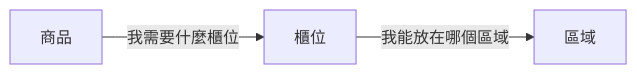
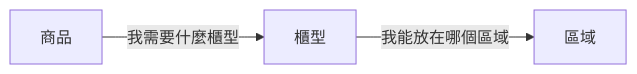
One commit to qadk/qadk.github.io changed the first of 2 diagrams in content/posts/2026-02-20-self-describing-modules.md. Above: the diagram before and after it, drawn with Mermaid. The commit also changed other lines of this file, not shown here.

````diff
--- a/content/posts/2026-02-20-self-describing-modules.md
+++ b/content/posts/2026-02-20-self-describing-modules.md
@@ -17,5 +17,5 @@
 ```mermaid
 graph LR
-    P[商品] -->|我需要什麼櫃位| S[櫃位]
+    P[商品] -->|我需要什麼櫃型| S[櫃型]
     S -->|我能放在哪個區域| Z[區域]
 ```
````
